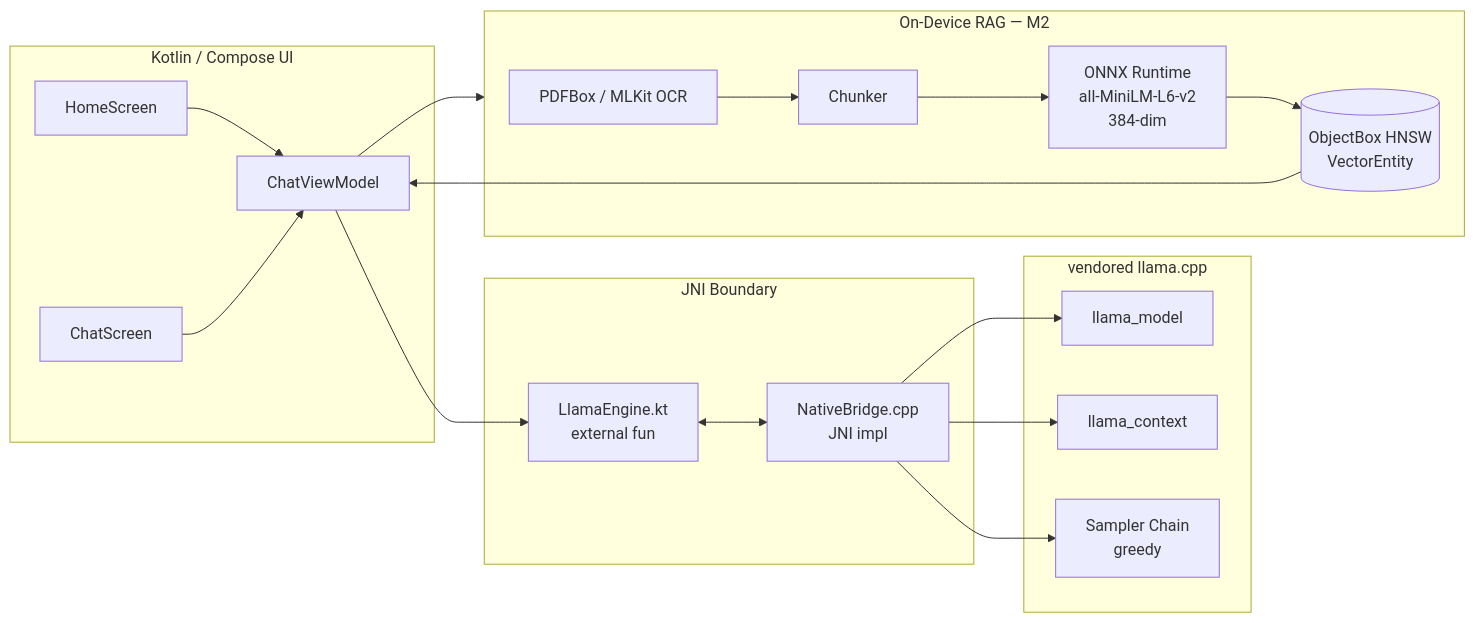
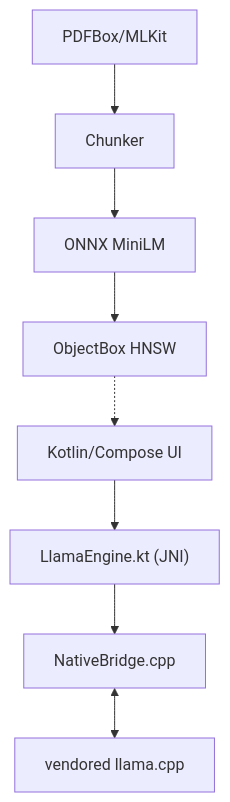
One commit to PranavPW/PhoneLM changed the diagram in README.md. Above: the diagram before and after it, drawn with Mermaid.

Commit message:
docs: focus README architecture diagram on standalone Android app

````diff
--- a/README.md
+++ b/README.md
@@ -28,38 +28,6 @@
 ```mermaid
-graph LR
-    subgraph Android[Kotlin / Compose UI]
-        Home[HomeScreen]
-        Chat[ChatScreen]
-        VM[ChatViewModel]
-    end
-
-    subgraph Bridge[JNI Boundary]
-        Engine[LlamaEngine.kt<br/>external fun]
-        Native[NativeBridge.cpp<br/>JNI impl]
-    end
-
-    subgraph Llama[vendored llama.cpp]
-        Model[llama_model]
-        Context[llama_context]
-        Sampler[Sampler Chain<br/>greedy]
-    end
-
-    subgraph RAG[On-Device RAG — M2]
-        PDF[PDFBox / MLKit OCR]
-        Chunker[Chunker]
-        ONNX[ONNX Runtime<br/>all-MiniLM-L6-v2<br/>384-dim]
-        Store[(ObjectBox HNSW<br/>VectorEntity)]
-    end
-
-    Home --> VM
-    Chat --> VM
-    VM --> Engine
-    Engine <--> Native
-    Native --> Model
-    Native --> Context
-    Native --> Sampler
-
-    VM --> RAG
-    PDF --> Chunker --> ONNX --> Store
-    Store --> VM
+graph TD
+    UI["Kotlin/Compose UI"] --> Bridge["LlamaEngine.kt (JNI)"] --> Native["NativeBridge.cpp"] <--> Llama["vendored llama.cpp"]
+    PDF["PDFBox/MLKit"] --> Chunker["Chunker"] --> ONNX["ONNX MiniLM"] --> HNSW["ObjectBox HNSW"]
+    HNSW -.-> UI
 ```
````
